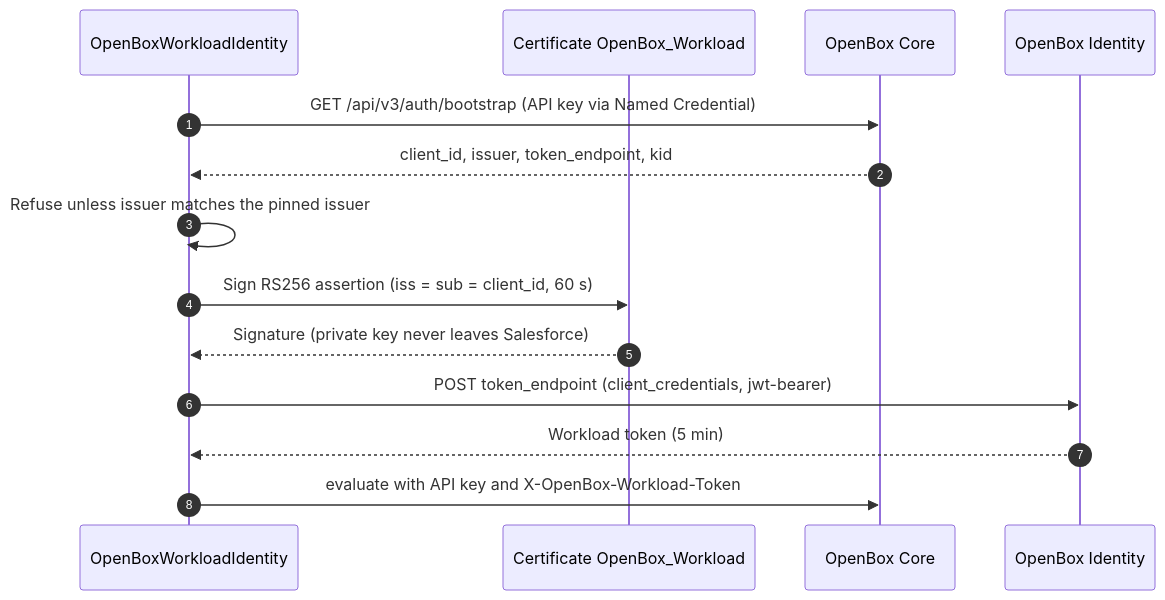
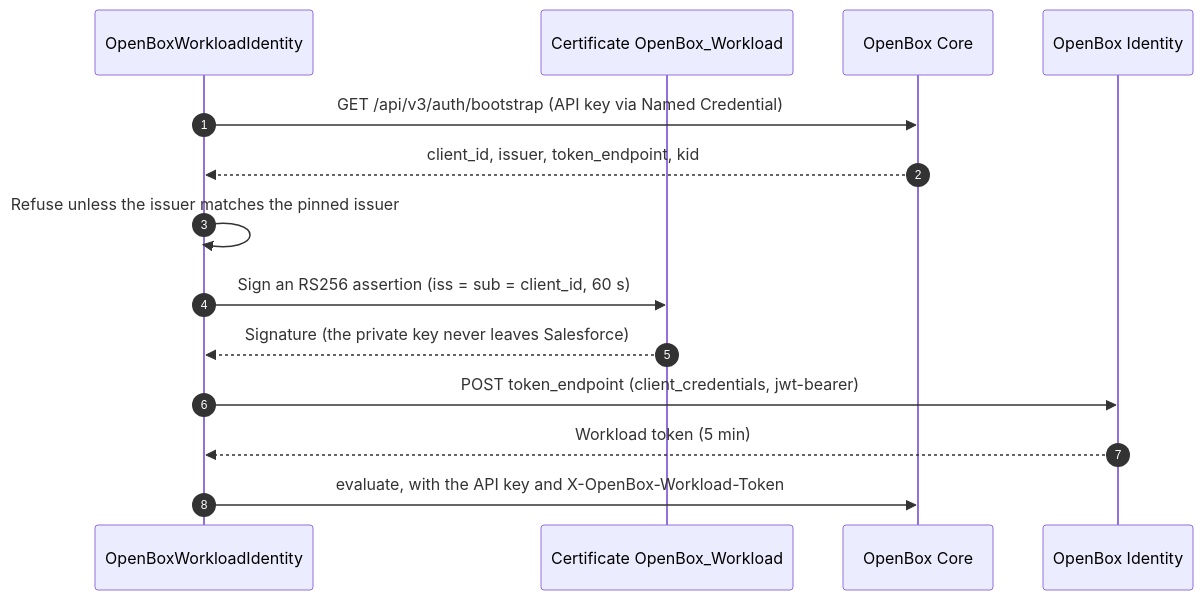
The fifth of 7 diagrams in README.md (OpenBox-AI/openbox-agentforce-sdk), drawn with Mermaid before and after one commit. The commit also changed other lines of this file and 2 other files, not shown here.

````diff
--- a/README.md
+++ b/README.md
@@ -297,17 +217,17 @@
 ```mermaid
 sequenceDiagram
   autonumber
   participant Apex as OpenBoxWorkloadIdentity
   participant Cert as Certificate OpenBox_Workload
   participant Core as OpenBox Core
   participant IdP as OpenBox Identity
 
   Apex->>Core: GET /api/v3/auth/bootstrap (API key via Named Credential)
   Core-->>Apex: client_id, issuer, token_endpoint, kid
-  Apex->>Apex: Refuse unless issuer matches the pinned issuer
-  Apex->>Cert: Sign RS256 assertion (iss = sub = client_id, 60 s)
-  Cert-->>Apex: Signature (private key never leaves Salesforce)
+  Apex->>Apex: Refuse unless the issuer matches the pinned issuer
+  Apex->>Cert: Sign an RS256 assertion (iss = sub = client_id, 60 s)
+  Cert-->>Apex: Signature (the private key never leaves Salesforce)
   Apex->>IdP: POST token_endpoint (client_credentials, jwt-bearer)
   IdP-->>Apex: Workload token (5 min)
-  Apex->>Core: evaluate with API key and X-OpenBox-Workload-Token
+  Apex->>Core: evaluate, with the API key and X-OpenBox-Workload-Token
 ```
````
